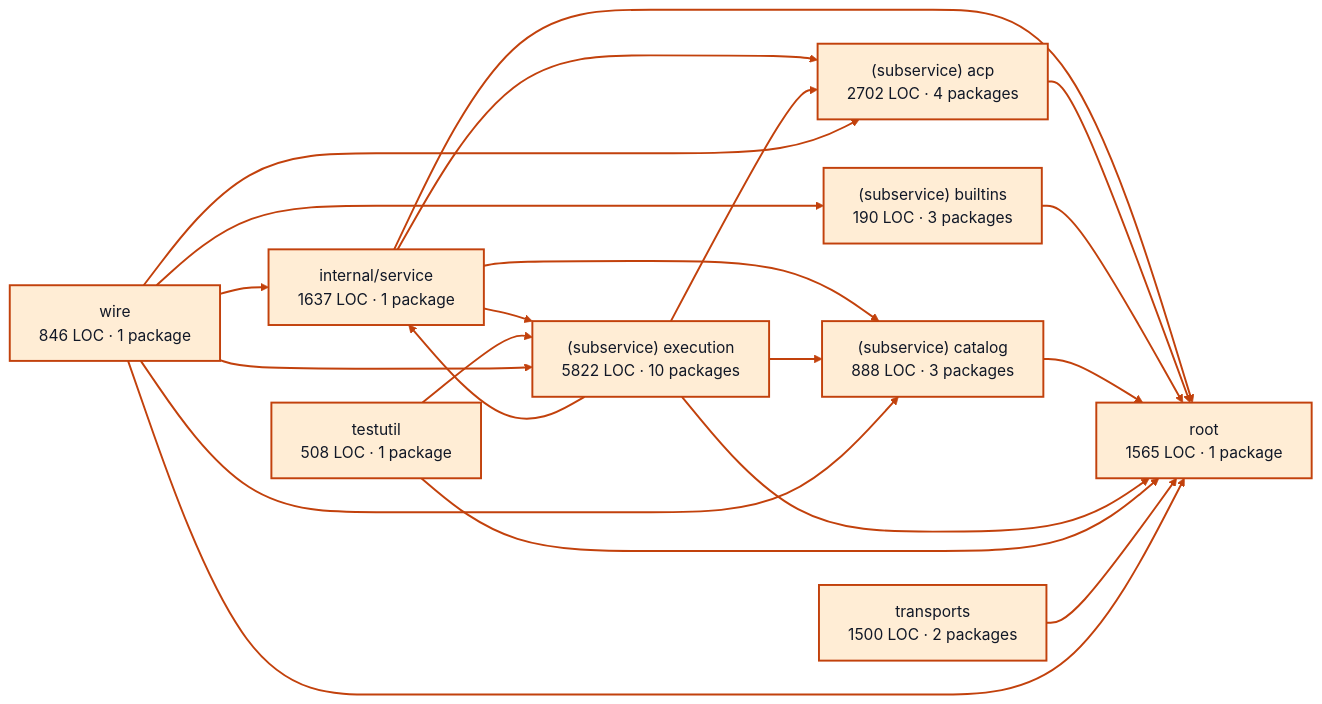
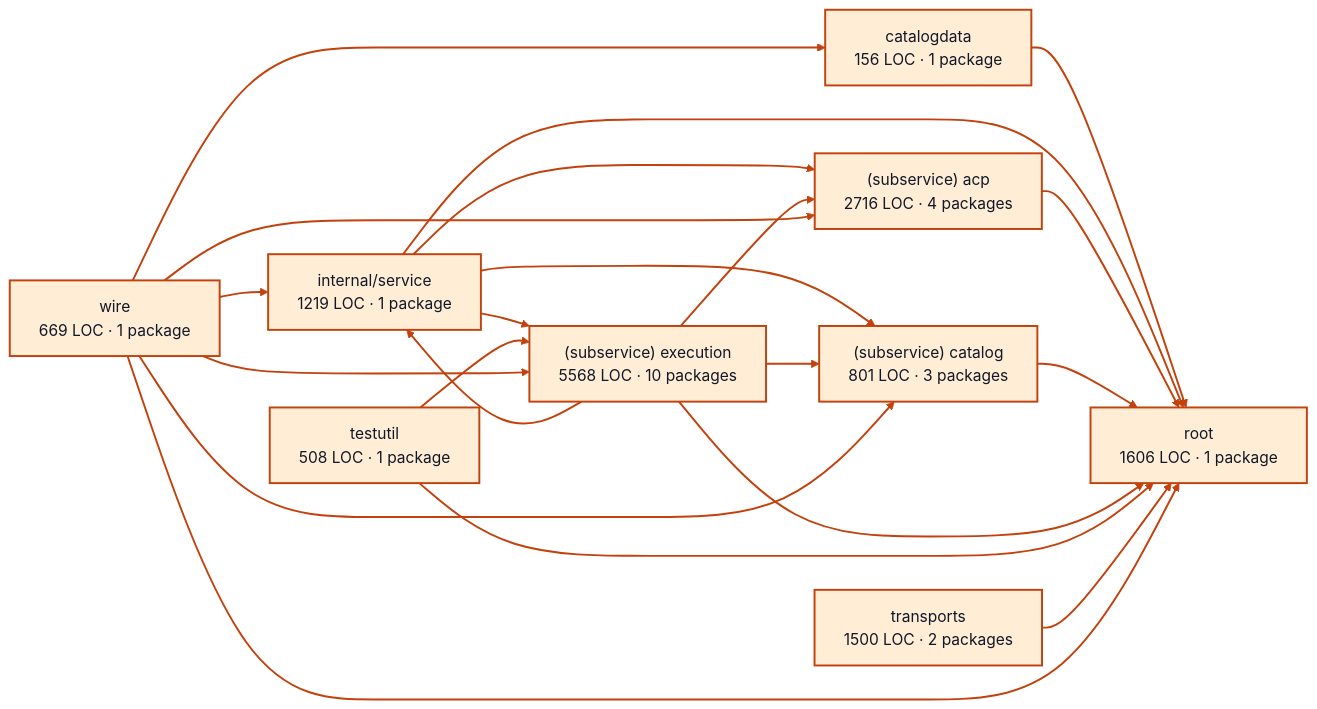
One commit to portpowered/you-agent-factory changed the diagram in docs/architecture/visualizations/services/providers.md. Above: the diagram before and after it, drawn with Mermaid (base theme). The commit also changed other lines of this file and 20 other files, not shown here.

Commit message:
docs: refresh backend architecture visualizations

````diff
--- a/docs/architecture/visualizations/services/providers.md
+++ b/docs/architecture/visualizations/services/providers.md
@@ -11,42 +11,42 @@
 ```mermaid
 flowchart LR
-  p0["internal/service<br/>1637 LOC · 1 package"]
-  p1["(subservice) acp<br/>2702 LOC · 4 packages"]
-  p2["(subservice) builtins<br/>190 LOC · 3 packages"]
-  p3["(subservice) catalog<br/>888 LOC · 3 packages"]
-  p4["(subservice) execution<br/>5822 LOC · 10 packages"]
+  p0["catalogdata<br/>156 LOC · 1 package"]
+  p1["internal/service<br/>1219 LOC · 1 package"]
+  p2["(subservice) acp<br/>2716 LOC · 4 packages"]
+  p3["(subservice) catalog<br/>801 LOC · 3 packages"]
+  p4["(subservice) execution<br/>5568 LOC · 10 packages"]
   p5["testutil<br/>508 LOC · 1 package"]
-  p6["root<br/>1565 LOC · 1 package"]
+  p6["root<br/>1606 LOC · 1 package"]
   p7["transports<br/>1500 LOC · 2 packages"]
-  p8["wire<br/>846 LOC · 1 package"]
-  p0 --> p1
-  p0 --> p3
-  p0 --> p4
+  p8["wire<br/>669 LOC · 1 package"]
   p0 --> p6
+  p1 --> p2
+  p1 --> p3
+  p1 --> p4
   p1 --> p6
   p2 --> p6
   p3 --> p6
-  p4 --> p0
   p4 --> p1
+  p4 --> p2
   p4 --> p3
   p4 --> p6
   p5 --> p4
   p5 --> p6
   p7 --> p6
   p8 --> p0
   p8 --> p1
   p8 --> p2
   p8 --> p3
   p8 --> p4
   p8 --> p6
   style p0 fill:#ffedd5,stroke:#c2410c,stroke-width:2px,color:#111827
   style p1 fill:#ffedd5,stroke:#c2410c,stroke-width:2px,color:#111827
   style p2 fill:#ffedd5,stroke:#c2410c,stroke-width:2px,color:#111827
   style p3 fill:#ffedd5,stroke:#c2410c,stroke-width:2px,color:#111827
   style p4 fill:#ffedd5,stroke:#c2410c,stroke-width:2px,color:#111827
   style p5 fill:#ffedd5,stroke:#c2410c,stroke-width:2px,color:#111827
   style p6 fill:#ffedd5,stroke:#c2410c,stroke-width:2px,color:#111827
   style p7 fill:#ffedd5,stroke:#c2410c,stroke-width:2px,color:#111827
   style p8 fill:#ffedd5,stroke:#c2410c,stroke-width:2px,color:#111827
   linkStyle default stroke:#c2410c,stroke-width:2px
 ```
````
